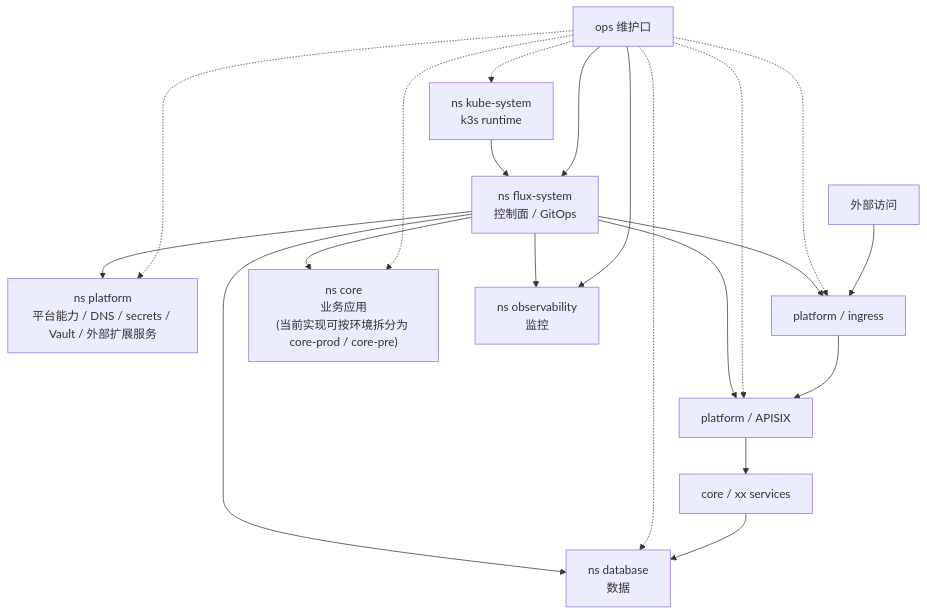
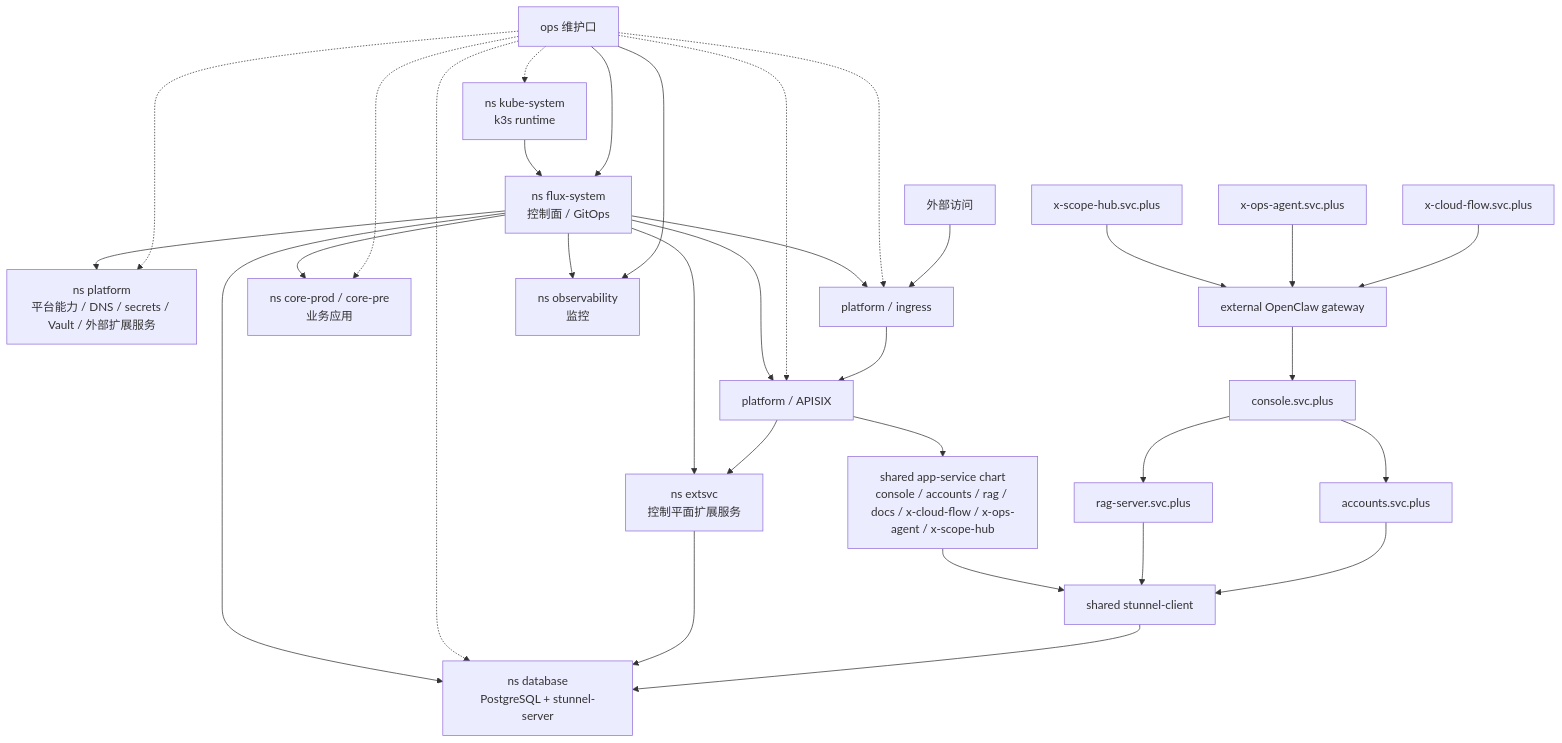
Before and after one commit to x-evor/.github: the diagram in docs/plans/2026-04-02-single-node-k3s-gitops-platform.md, drawn with Mermaid. The commit also changed other lines of this file and 2 other files, not shown here.

Commit message:
feat(ci): merge platform validation into bootstrap workflow

````diff
--- a/docs/plans/2026-04-02-single-node-k3s-gitops-platform.md
+++ b/docs/plans/2026-04-02-single-node-k3s-gitops-platform.md
@@ -24,37 +25,58 @@
 ```mermaid
 flowchart TB
   ExternalUser["外部访问"]
   OpsUser["ops 维护口"]
 
   KS["ns kube-system<br/>k3s runtime"]
   FS["ns flux-system<br/>控制面 / GitOps"]
   PL["ns platform<br/>平台能力 / DNS / secrets / Vault / 外部扩展服务"]
   Ingress["platform / ingress"]
   APISIX["platform / APISIX"]
-  CORE["ns core<br/>业务应用<br/>(当前实现可按环境拆分为 core-prod / core-pre)"]
-  AppSvc["core / xx services"]
-  DB["ns database<br/>数据"]
+  CORE["ns core-prod / core-pre<br/>业务应用"]
+  EXTSVC["ns extsvc<br/>控制平面扩展服务"]
+  OpenClaw["external OpenClaw gateway"]
+  Console["console.svc.plus"]
+  Accounts["accounts.svc.plus"]
+  Rag["rag-server.svc.plus"]
+  XCF["x-cloud-flow.svc.plus"]
+  OPS["x-ops-agent.svc.plus"]
+  SCOPE["x-scope-hub.svc.plus"]
+  AppSvc["shared app-service chart<br/>console / accounts / rag / docs / x-cloud-flow / x-ops-agent / x-scope-hub"]
+  STC["shared stunnel-client"]
+  DB["ns database<br/>PostgreSQL + stunnel-server"]
   OBS["ns observability<br/>监控"]
 
   ExternalUser --> Ingress
   Ingress --> APISIX
   APISIX --> AppSvc
-  AppSvc --> DB
+  APISIX --> EXTSVC
+  OpenClaw --> Console
+  XCF --> OpenClaw
+  OPS --> OpenClaw
+  SCOPE --> OpenClaw
+  Console --> Accounts
+  Console --> Rag
+  Accounts --> STC
+  Rag --> STC
+  AppSvc --> STC
+  STC --> DB
+  EXTSVC --> DB
 
   OpsUser --> FS
   OpsUser --> OBS
   OpsUser -.-> KS
   OpsUser -.-> PL
   OpsUser -.-> Ingress
   OpsUser -.-> APISIX
   OpsUser -.-> CORE
   OpsUser -.-> DB
 
   KS --> FS
   FS --> PL
   FS --> Ingress
   FS --> APISIX
   FS --> CORE
+  FS --> EXTSVC
   FS --> DB
   FS --> OBS
 ```
````
